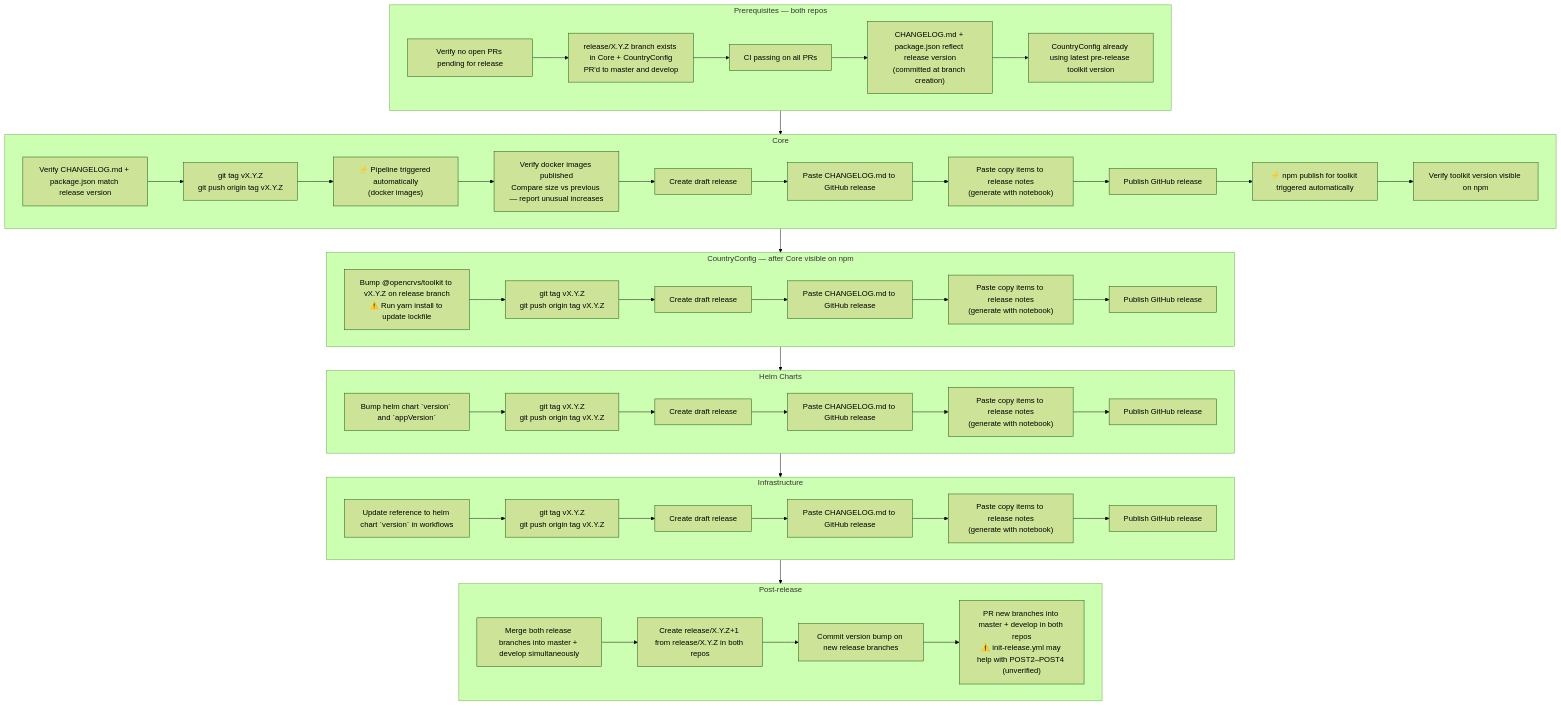
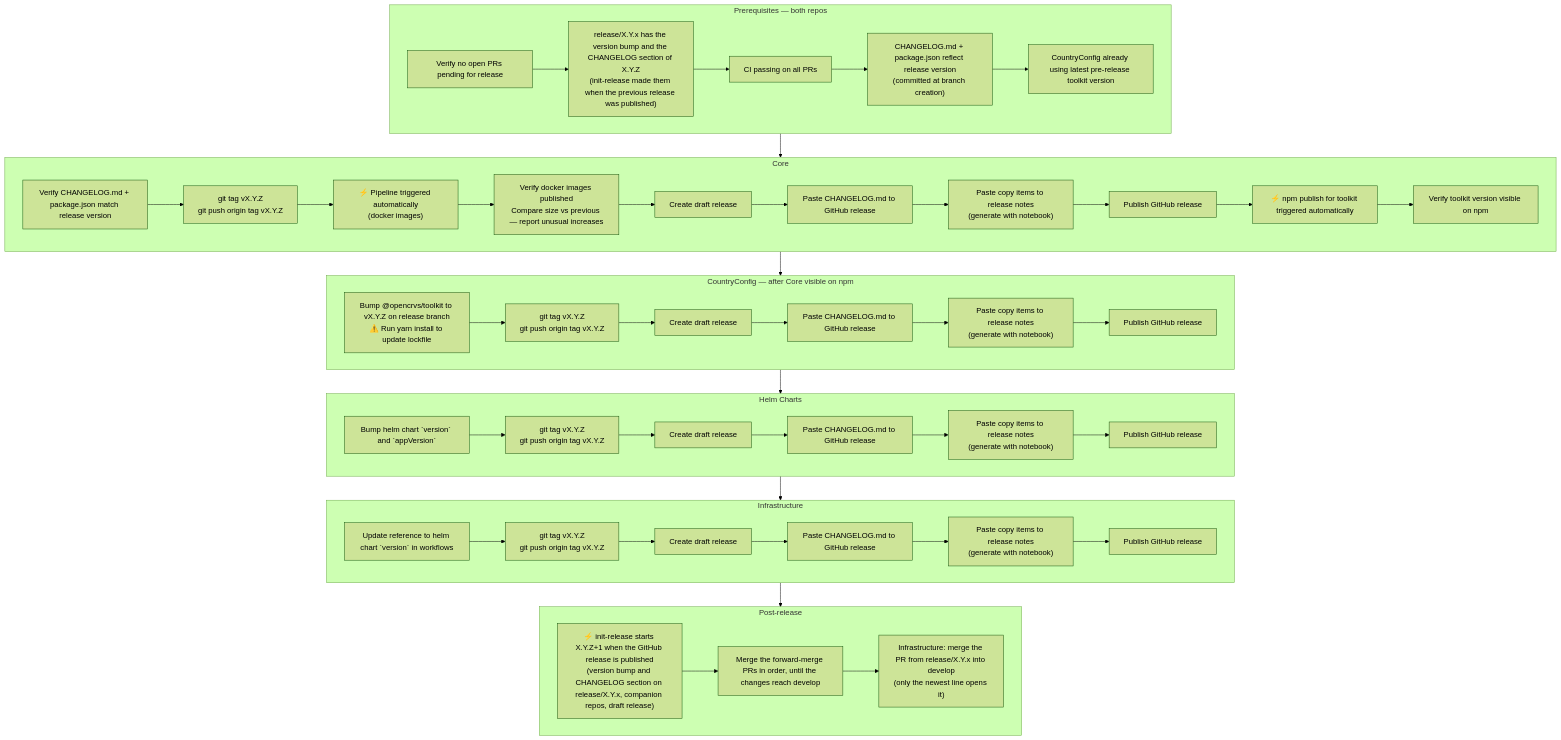
Before and after one commit to opencrvs/opencrvs-core: the diagram in release-steps.md, drawn with Mermaid (forest theme). The commit also changed other lines of this file and 1 other file, not shown here.

Commit message:
ci: start the next patch when a release is published
init-release now also runs when a vX.Y.Z release is published. It starts
X.Y.(Z+1) on release/X.Y.x, so the fixes after a release have a CHANGELOG
section. A manual run is still possible, for example for X.Y.0.

infrastructure and helm-charts do not have a release/1.9.x branch, so
init-release dispatches their workflow from develop.

````diff
--- a/release-steps.md
+++ b/release-steps.md
@@ -3,69 +3,68 @@
 ```mermaid
 flowchart TD
     subgraph PRE["Prerequisites — both repos"]
         P1[Verify no open PRs pending for release]
-        P2["release/X.Y.Z branch exists in Core + CountryConfig\nPR'd to master and develop"]
+        P2["release/X.Y.x has the version bump and the CHANGELOG section of X.Y.Z\n(init-release made them when the previous release was published)"]
         P3[CI passing on all PRs]
         P4["CHANGELOG.md + package.json reflect release version\n(committed at branch creation)"]
         P5[CountryConfig already using latest pre-release toolkit version]
         P1 --> P2 --> P3 --> P4 --> P5
     end
 
     subgraph CORE["Core"]
         C1["Verify CHANGELOG.md + package.json match release version"]
         C2["git tag vX.Y.Z\ngit push origin tag vX.Y.Z"]
         C3["⚡ Pipeline triggered automatically\n(docker images)"]
         C4["Verify docker images published\nCompare size vs previous — report unusual increases"]
         C5[Create draft release]
         C6[Paste CHANGELOG.md to GitHub release]
         C7["Paste copy items to release notes\n(generate with notebook)"]
         C8[Publish GitHub release]
         C9["⚡ npm publish for toolkit triggered automatically"]
         C10[Verify toolkit version visible on npm]
         C1 --> C2 --> C3 --> C4 --> C5 --> C6 --> C7 --> C8 --> C9 --> C10
     end
 
     subgraph CC["CountryConfig — after Core visible on npm"]
         CC1["Bump @opencrvs/toolkit to vX.Y.Z on release branch\n⚠️ Run yarn install to update lockfile"]
         CC2["git tag vX.Y.Z\ngit push origin tag vX.Y.Z"]
         CC3[Create draft release]
         CC4[Paste CHANGELOG.md to GitHub release]
         CC5["Paste copy items to release notes\n(generate with notebook)"]
         CC6[Publish GitHub release]
         CC1 --> CC2 --> CC3 --> CC4 --> CC5 --> CC6
     end
 
     subgraph HC["Helm Charts"]
         HC1["Bump helm chart `version` and `appVersion`"]
         HC2["git tag vX.Y.Z\ngit push origin tag vX.Y.Z"]
         HC3[Create draft release]
         HC4[Paste CHANGELOG.md to GitHub release]
         HC5["Paste copy items to release notes\n(generate with notebook)"]
         HC6[Publish GitHub release]
         HC1 --> HC2 --> HC3 --> HC4 --> HC5 --> HC6
     end
 
     subgraph IF["Infrastructure"]
         IF1["Update reference to helm chart `version` in workflows"]
         IF2["git tag vX.Y.Z\ngit push origin tag vX.Y.Z"]
         IF3[Create draft release]
         IF4[Paste CHANGELOG.md to GitHub release]
         IF5["Paste copy items to release notes\n(generate with notebook)"]
         IF6[Publish GitHub release]
         IF1 --> IF2 --> IF3 --> IF4 --> IF5 --> IF6
     end
 
     subgraph POST["Post-release"]
-        POST1[Merge both release branches into master + develop simultaneously]
-        POST2["Create release/X.Y.Z+1 from release/X.Y.Z in both repos"]
-        POST3["Commit version bump on new release branches"]
-        POST4["PR new branches into master + develop in both repos\n⚠️ init-release.yml may help with POST2–POST4 (unverified)"]
-        POST1 --> POST2 --> POST3 --> POST4
+        POST1["⚡ init-release starts X.Y.Z+1 when the GitHub release is published\n(version bump and CHANGELOG section on release/X.Y.x, companion repos, draft release)"]
+        POST2["Merge the forward-merge PRs in order, until the changes reach develop"]
+        POST3["Infrastructure: merge the PR from release/X.Y.x into develop\n(only the newest line opens it)"]
+        POST1 --> POST2 --> POST3
     end
 
     PRE --> CORE
     CORE --> CC
     CC --> HC
     HC --> IF
     IF --> POST
 ```
````
